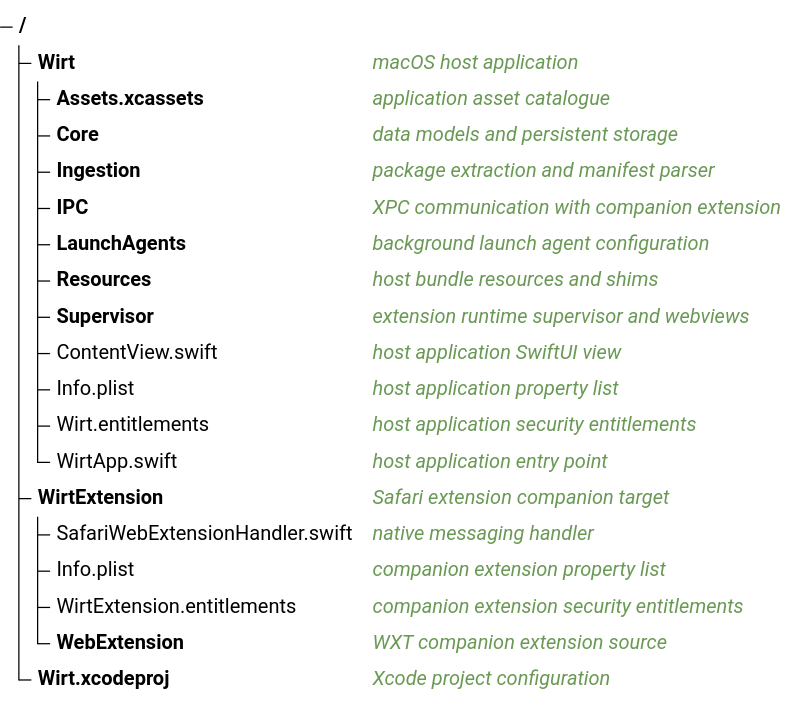
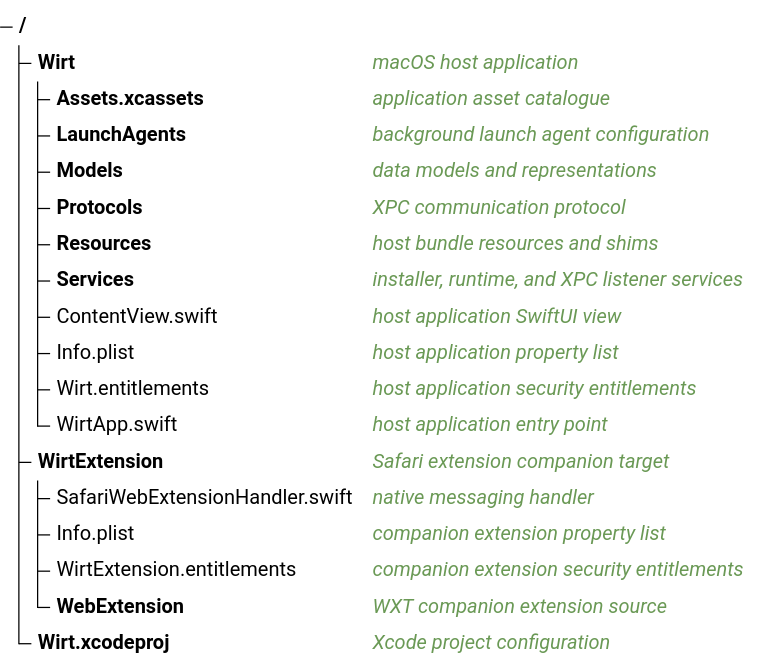
One commit to easonwong-de/Wirt changed the diagram in CONTRIBUTING.md. Above: the diagram before and after it, drawn with Mermaid. The commit also changed 2 other files, not shown here.

Commit message:
docs: update system architecture and contributing guide

````diff
--- a/CONTRIBUTING.md
+++ b/CONTRIBUTING.md
@@ -16,21 +16,20 @@
 ```mermaid
 treeView-beta
 ├── Wirt/ ## macOS host application
 │   ├── Assets.xcassets/ ## application asset catalogue
-│   ├── Core/ ## data models and persistent storage
-│   ├── Ingestion/ ## package extraction and manifest parser
-│   ├── IPC/ ## XPC communication with companion extension
 │   ├── LaunchAgents/ ## background launch agent configuration
+│   ├── Models/ ## data models and representations
+│   ├── Protocols/ ## XPC communication protocol
 │   ├── Resources/ ## host bundle resources and shims
-│   ├── Supervisor/ ## extension runtime supervisor and webviews
+│   ├── Services/ ## installer, runtime, and XPC listener services
 │   ├── ContentView.swift ## host application SwiftUI view
 │   ├── Info.plist ## host application property list
 │   ├── Wirt.entitlements ## host application security entitlements
 │   └── WirtApp.swift ## host application entry point
 ├── WirtExtension/ ## Safari extension companion target
 │   ├── SafariWebExtensionHandler.swift ## native messaging handler
 │   ├── Info.plist ## companion extension property list
 │   ├── WirtExtension.entitlements ## companion extension security entitlements
 │   └── WebExtension/ ## WXT companion extension source
 └── Wirt.xcodeproj/ ## Xcode project configuration
 ```
````
